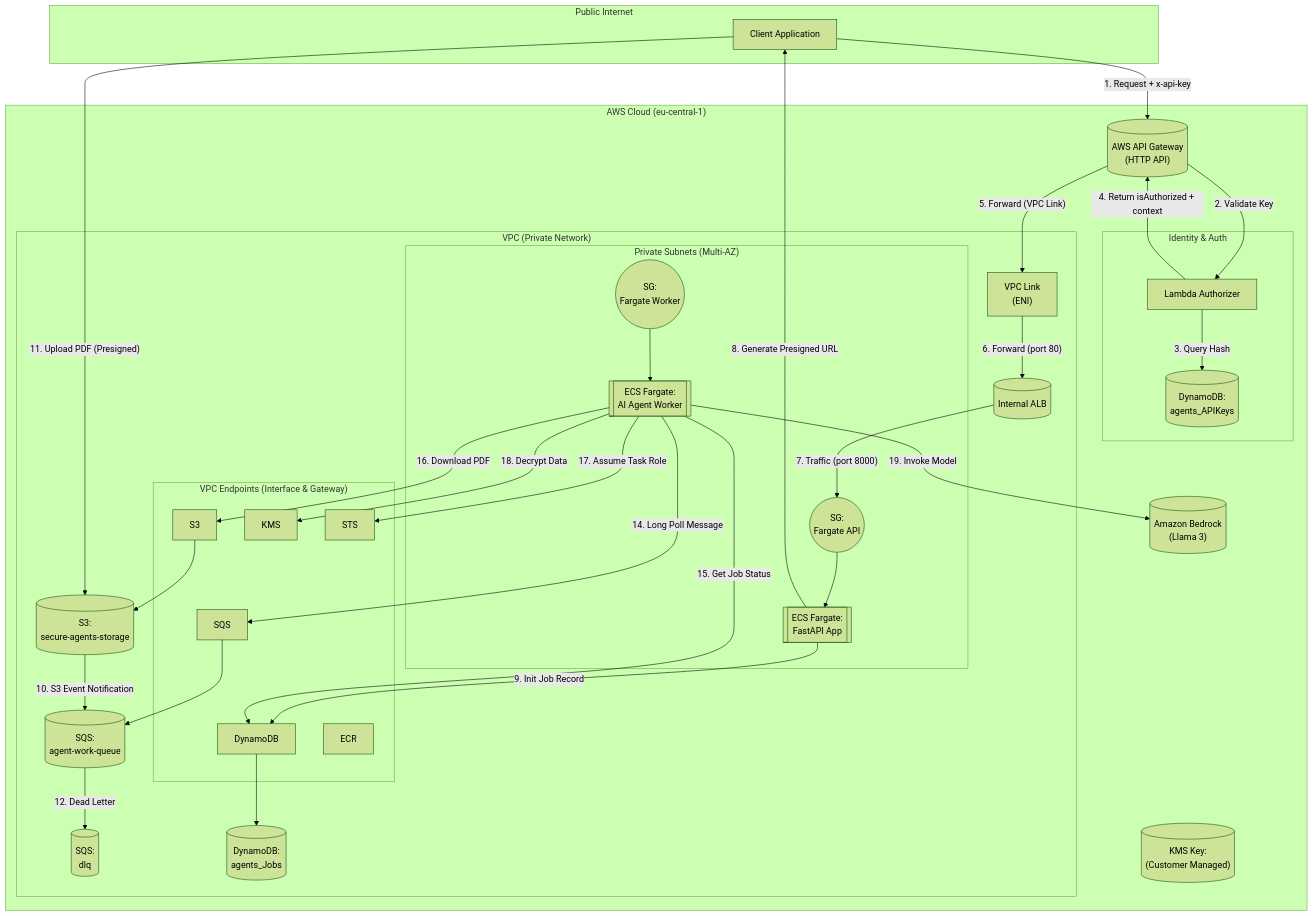
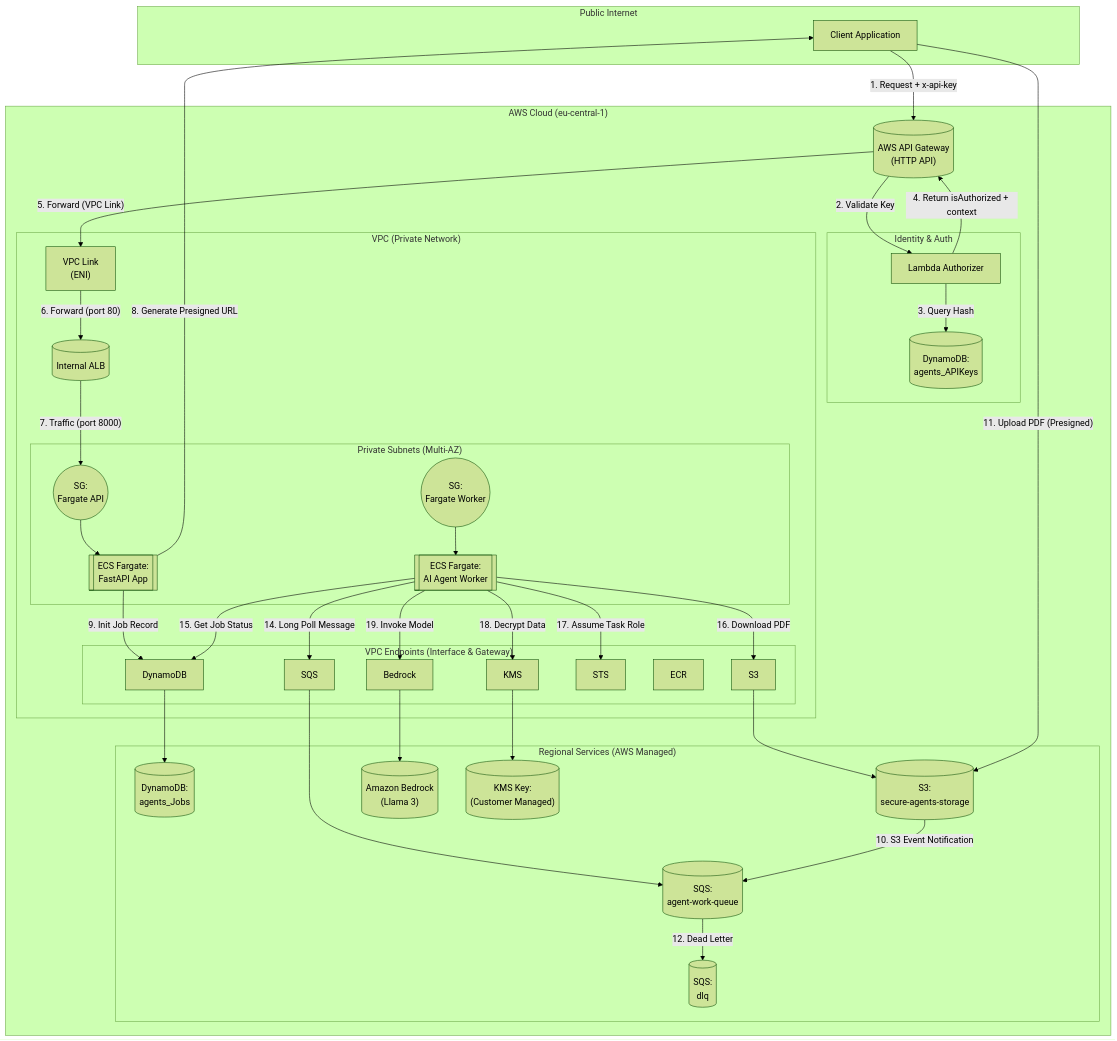
Before and after one commit to SteliosSpanos/secure-agents: the diagram in README.md, drawn with Mermaid (forest theme).

Commit message:
Fixes diagram

````diff
--- a/README.md
+++ b/README.md
@@ -11,75 +11,79 @@
 ```mermaid
 graph TD
   subgraph PublicInternet["Public Internet"]
     Client["Client Application"]
   end
 
   subgraph AWSCloud["AWS Cloud (eu-central-1)"]
     APIGW[("AWS API Gateway<br>(HTTP API)")]
 
     subgraph AuthLayer["Identity & Auth"]
       Authorizer["Lambda Authorizer"]
       ApiKeysTable[("DynamoDB:<br>agents_APIKeys")]
     end
 
+    subgraph RegionalServices["Regional Services (AWS Managed)"]
+      MainQueue[("SQS:<br>agent-work-queue")]
+      DlqQueue[("SQS:<br>dlq")]
+      JobsTable[("DynamoDB:<br>agents_Jobs")]
+      StorageBucket[("S3:<br>secure-agents-storage")]
+      BedrockService[("Amazon Bedrock<br>(Llama 3)")]
+      KmsKey[("KMS Key:<br>(Customer Managed)")]
+    end
+
     subgraph VPC["VPC (Private Network)"]
       VpcLinkENI["VPC Link<br>(ENI)"]
       InternalALB[("Internal ALB")]
 
       subgraph VpcEndpoints["VPC Endpoints (Interface & Gateway)"]
         EndpointSQS["SQS"]
         EndpointDynamoDB["DynamoDB"]
         EndpointS3["S3"]
         EndpointKMS["KMS"]
         EndpointSTS["STS"]
         EndpointECR["ECR"]
+        EndpointBedrock["Bedrock"]
       end
-
-      MainQueue[("SQS:<br>agent-work-queue")]
-      DlqQueue[("SQS:<br>dlq")]
-      JobsTable[("DynamoDB:<br>agents_Jobs")]
-      StorageBucket[("S3:<br>secure-agents-storage")]
 
       subgraph PrivateSubnets["Private Subnets (Multi-AZ)"]
         SgApi(("SG:<br>Fargate API"))
         SgWorker(("SG:<br>Fargate Worker"))
 
         ApiService[["ECS Fargate:<br>FastAPI App"]]
         WorkerService[["ECS Fargate:<br>AI Agent Worker"]]
       end
     end
-
-    BedrockService[("Amazon Bedrock<br>(Llama 3)")]
-    KmsKey[("KMS Key:<br>(Customer Managed)")]
   end
 
 
   Client -- "1. Request + x-api-key" --> APIGW
   APIGW -- "2. Validate Key" --> Authorizer
   Authorizer -- "3. Query Hash" --> ApiKeysTable
   Authorizer -- "4. Return isAuthorized + context" --> APIGW
 
   APIGW -- "5. Forward (VPC Link)" --> VpcLinkENI
   VpcLinkENI -- "6. Forward (port 80)" --> InternalALB
   InternalALB -- "7. Traffic (port 8000)" --> SgApi
   SgApi --> ApiService
 
   ApiService -- "8. Generate Presigned URL" --> Client
-  EndpointS3 --> StorageBucket
   ApiService -- "9. Init Job Record" --> EndpointDynamoDB
   EndpointDynamoDB --> JobsTable
   EndpointSQS --> MainQueue
+  EndpointS3 --> StorageBucket
 
   StorageBucket -- "10. S3 Event Notification" --> MainQueue
   Client -- "11. Upload PDF (Presigned)" --> StorageBucket
   MainQueue -- "12. Dead Letter" --> DlqQueue
+
   WorkerService -- "14. Long Poll Message" --> EndpointSQS
   WorkerService -- "15. Get Job Status" --> EndpointDynamoDB
   WorkerService -- "16. Download PDF" --> EndpointS3
   WorkerService -- "17. Assume Task Role" --> EndpointSTS
   WorkerService -- "18. Decrypt Data" --> EndpointKMS
+  EndpointKMS --> KmsKey
 
   SgWorker --> WorkerService
-  WorkerService -- "19. Invoke Model" --> BedrockService
-
+  WorkerService -- "19. Invoke Model" --> EndpointBedrock
+  EndpointBedrock --> BedrockService
 ```
````
